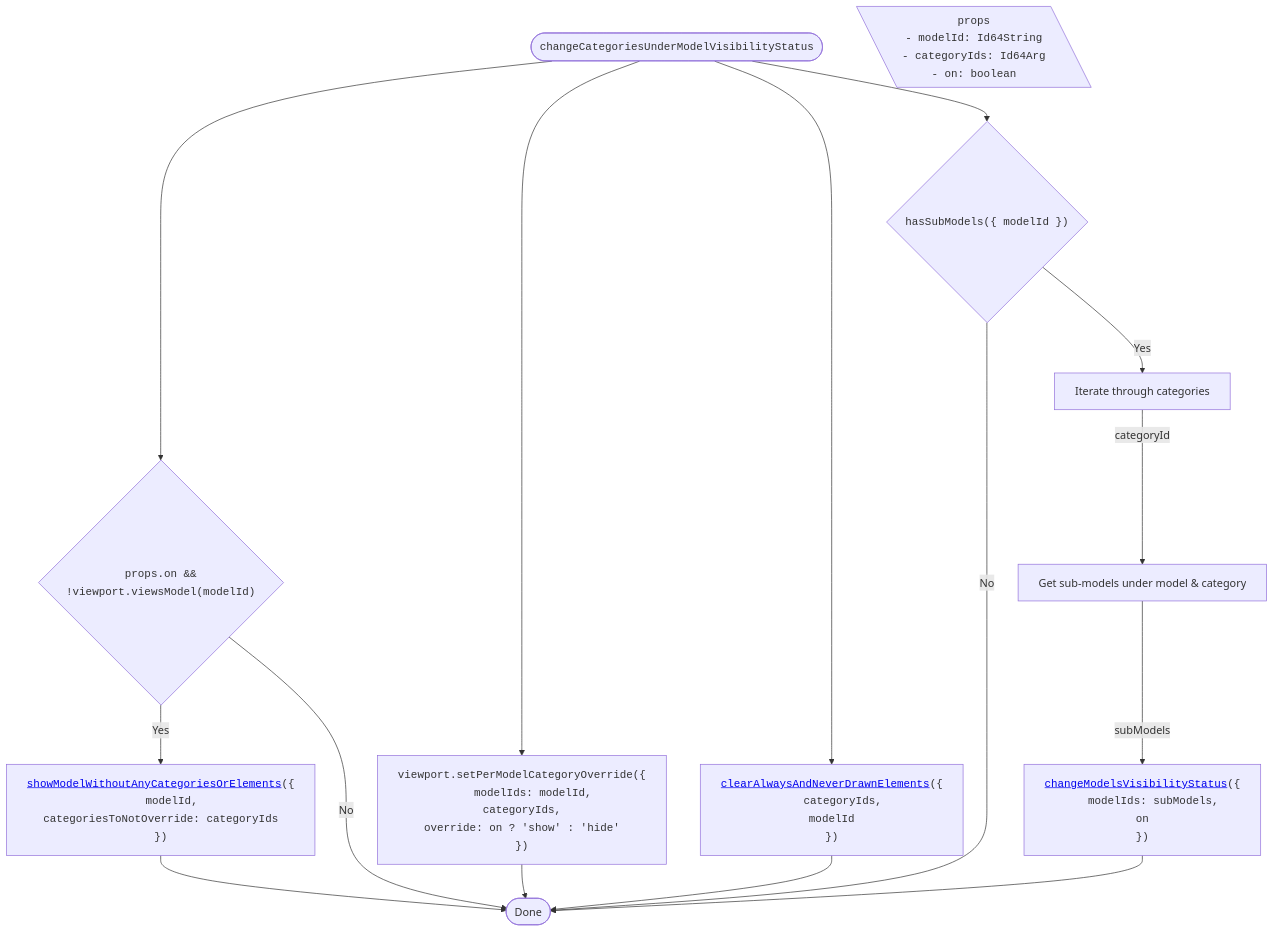
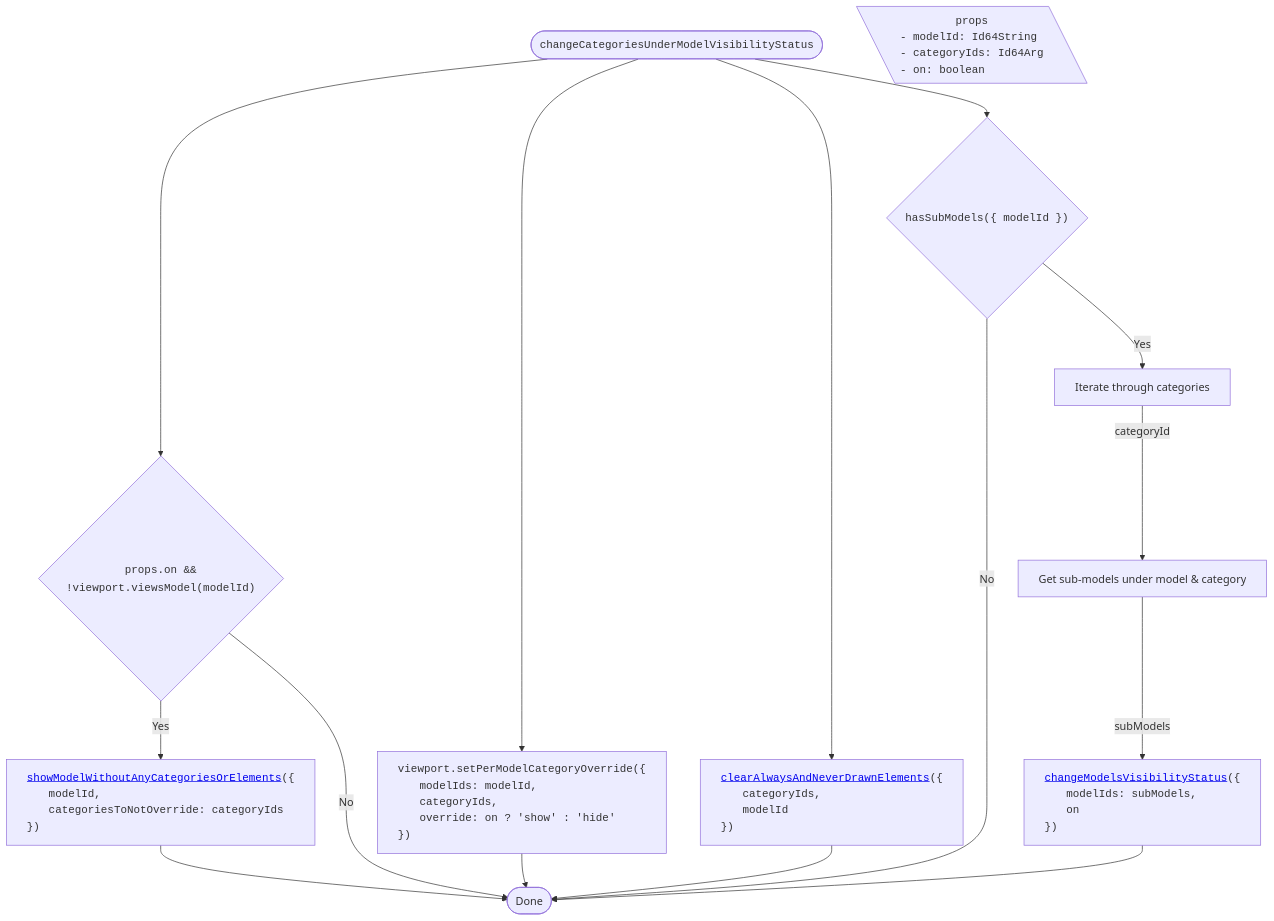
Before and after one commit to iTwin/viewer-components-react: the tenth of 14 diagrams in packages/itwin/tree-widget/docs/SharedVisibilityHandling.md, drawn with Mermaid. The commit also changed other lines of this file and 3 other files, not shown here.

````diff
--- a/packages/itwin/tree-widget/docs/SharedVisibilityHandling.md
+++ b/packages/itwin/tree-widget/docs/SharedVisibilityHandling.md
@@ -653,49 +653,49 @@
 ```mermaid
 ---
 config:
   flowchart:
     wrappingWidth: 750
     useMaxWidth: false
 ---
 
 flowchart TD
   RESULT_Done([Done])
 
   %% Start
   TITLE(["<code>changeCategoriesUnderModelVisibilityStatus</code>"]) --> A{"<code>props.on  && <br/> !viewport.viewsModel(modelId) </code>"}
 
   PROPS[\"
     <code>props</code>
-    <code style='text-align: left;'>- modelId: Id64String<br/>- categoryIds: Id64Arg<br/>- on: boolean</code>
+    <code style='display: block; text-align: left;'>- modelId: Id64String<br/>- categoryIds: Id64Arg<br/>- on: boolean</code>
   "\]
 
   %% All run in parallel (merge)
-  A -- Yes --> A1["<code style='text-align: left;'><a href='#showmodelwithoutanycategoriesorelements'>showModelWithoutAnyCategoriesOrElements</a>({
-  <code style='padding-left: 2rem'>modelId,
-  categoriesToNotOverride: categoryIds</code>
+  A -- Yes --> A1["<code style='display: block; text-align: left;'><a href='#showmodelwithoutanycategoriesorelements'>showModelWithoutAnyCategoriesOrElements</a>({
+  <code style='padding-left: 2rem'>modelId,</code>
+  <code style='padding-left: 2rem'>categoriesToNotOverride: categoryIds</code>
   })</code>"]
   A1 --> RESULT_Done
   A -- No --> RESULT_Done
 
-  TITLE --> B["<code style='text-align: left;'>viewport.setPerModelCategoryOverride({
-    <code style='padding-left: 2rem'>modelIds: modelId,
-    categoryIds,
-    override: on ? 'show' : 'hide'</code>
+  TITLE --> B["<code style='display: block; text-align: left;'>viewport.setPerModelCategoryOverride({
+    <code style='padding-left: 2rem'>modelIds: modelId,</code>
+    <code style='padding-left: 2rem'>categoryIds,</code>
+    <code style='padding-left: 2rem'>override: on ? 'show' : 'hide'</code>
   })</code>"]
-  TITLE --> C["<code style='text-align: left;'><a href='#clearalwaysandneverdrawnelements'>clearAlwaysAndNeverDrawnElements</a>({
-    <code style='padding-left: 2rem'>categoryIds,
-    modelId</code>
+  TITLE --> C["<code style='display: block; text-align: left;'><a href='#clearalwaysandneverdrawnelements'>clearAlwaysAndNeverDrawnElements</a>({
+    <code style='padding-left: 2rem'>categoryIds,</code>
+    <code style='padding-left: 2rem'>modelId</code>
   })</code>"]
   TITLE --> D{"<code>hasSubModels({ modelId })</code>"}
   D -- Yes --> D1["Iterate through categories"]
   D1 -- categoryId --> D2["Get sub-models under model & category"]
-  D2 -- subModels --> D3["<code style='text-align: left;'><a href='#changemodelsvisibilitystatus'>changeModelsVisibilityStatus</a>({
-    <code style='padding-left: 2rem'>modelIds: subModels,
-    on</code>
+  D2 -- subModels --> D3["<code style='display: block; text-align: left;'><a href='#changemodelsvisibilitystatus'>changeModelsVisibilityStatus</a>({
+    <code style='padding-left: 2rem'>modelIds: subModels,</code>
+    <code style='padding-left: 2rem'>on</code>
   })</code>"]
 
   B --> RESULT_Done
   C --> RESULT_Done
   D -- No --> RESULT_Done
   D3 --> RESULT_Done
 ```
````
